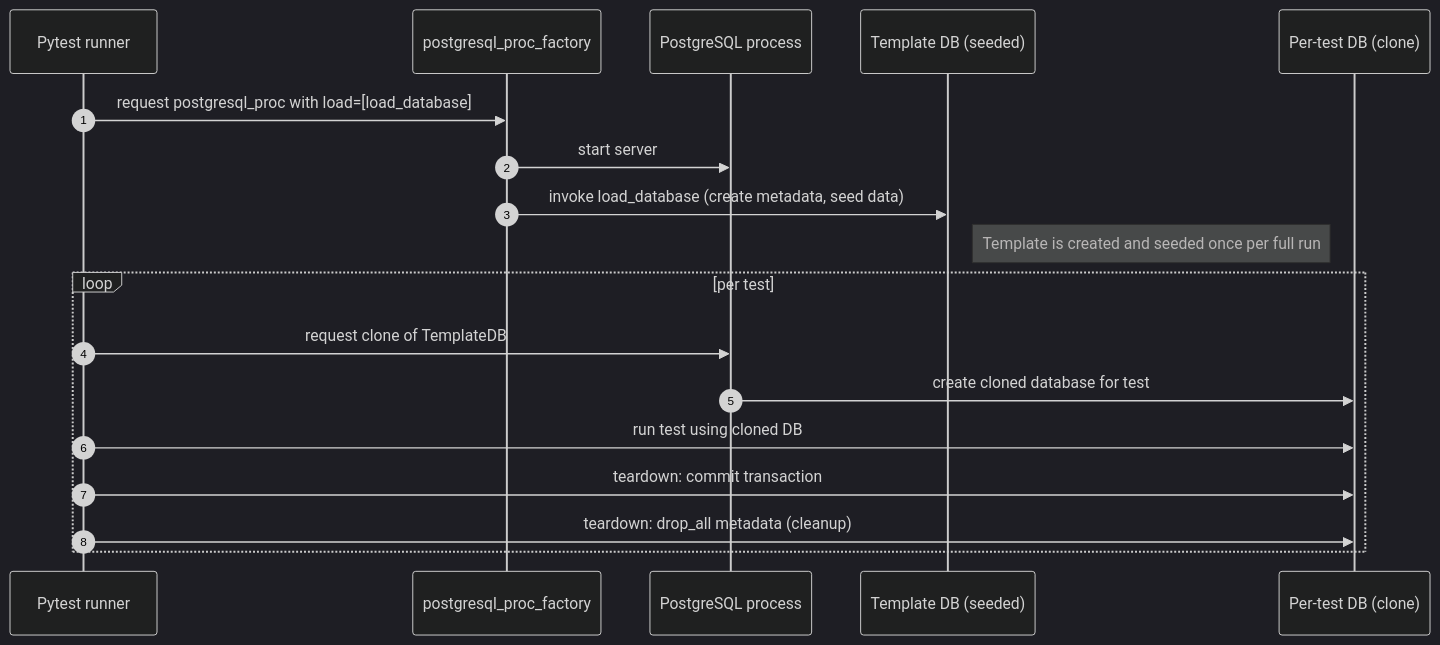
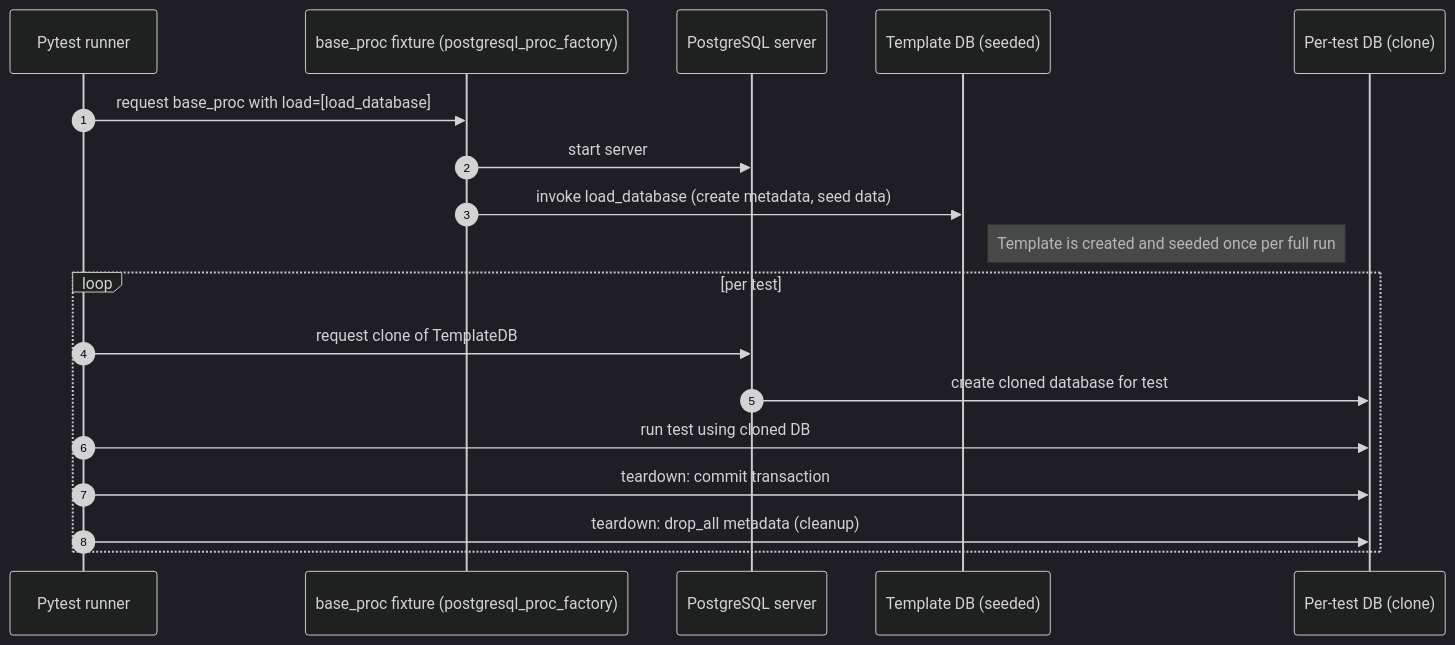
The diagram in docs/architecture.mmd (dbfixtures/pytest-postgresql), drawn with Mermaid (dark theme) before and after one commit. The commit also changed 2 other files, not shown here.

Commit message:
Adjust diagrams to use same wording

```diff
--- a/docs/architecture.mmd
+++ b/docs/architecture.mmd
@@ -1,19 +1,19 @@
 sequenceDiagram
     autonumber
     participant Pytest as Pytest runner
-    participant ProcFactory as postgresql_proc_factory
-    participant PgServer as PostgreSQL process
+    participant BaseProc as base_proc fixture (postgresql_proc_factory)
+    participant PgServer as PostgreSQL server
     participant TemplateDB as Template DB (seeded)
     participant TestDB as Per-test DB (clone)
 
-    Pytest->>ProcFactory: request postgresql_proc with load=[load_database]
-    ProcFactory->>PgServer: start server
-    ProcFactory->>TemplateDB: invoke load_database (create metadata, seed data)
+    Pytest->>BaseProc: request base_proc with load=[load_database]
+    BaseProc->>PgServer: start server
+    BaseProc->>TemplateDB: invoke load_database (create metadata, seed data)
     Note right of TemplateDB: Template is created and seeded once per full run
     loop per test
         Pytest->>PgServer: request clone of TemplateDB
         PgServer->>TestDB: create cloned database for test
         Pytest->>TestDB: run test using cloned DB
         Pytest->>TestDB: teardown: commit transaction
         Pytest->>TestDB: teardown: drop_all metadata (cleanup)
     end
```
